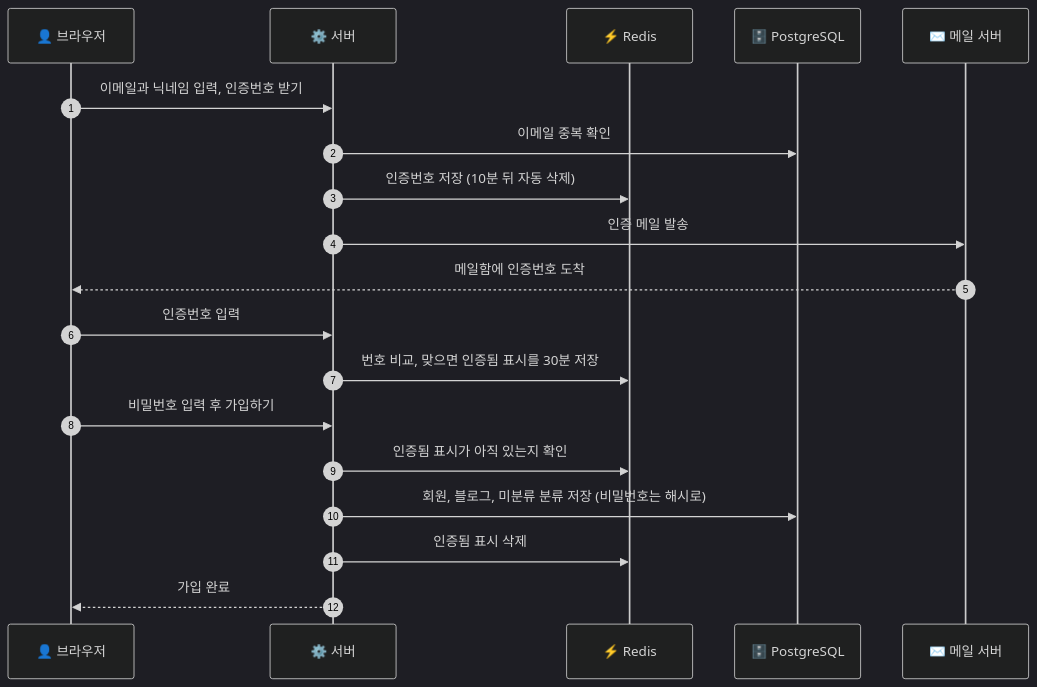
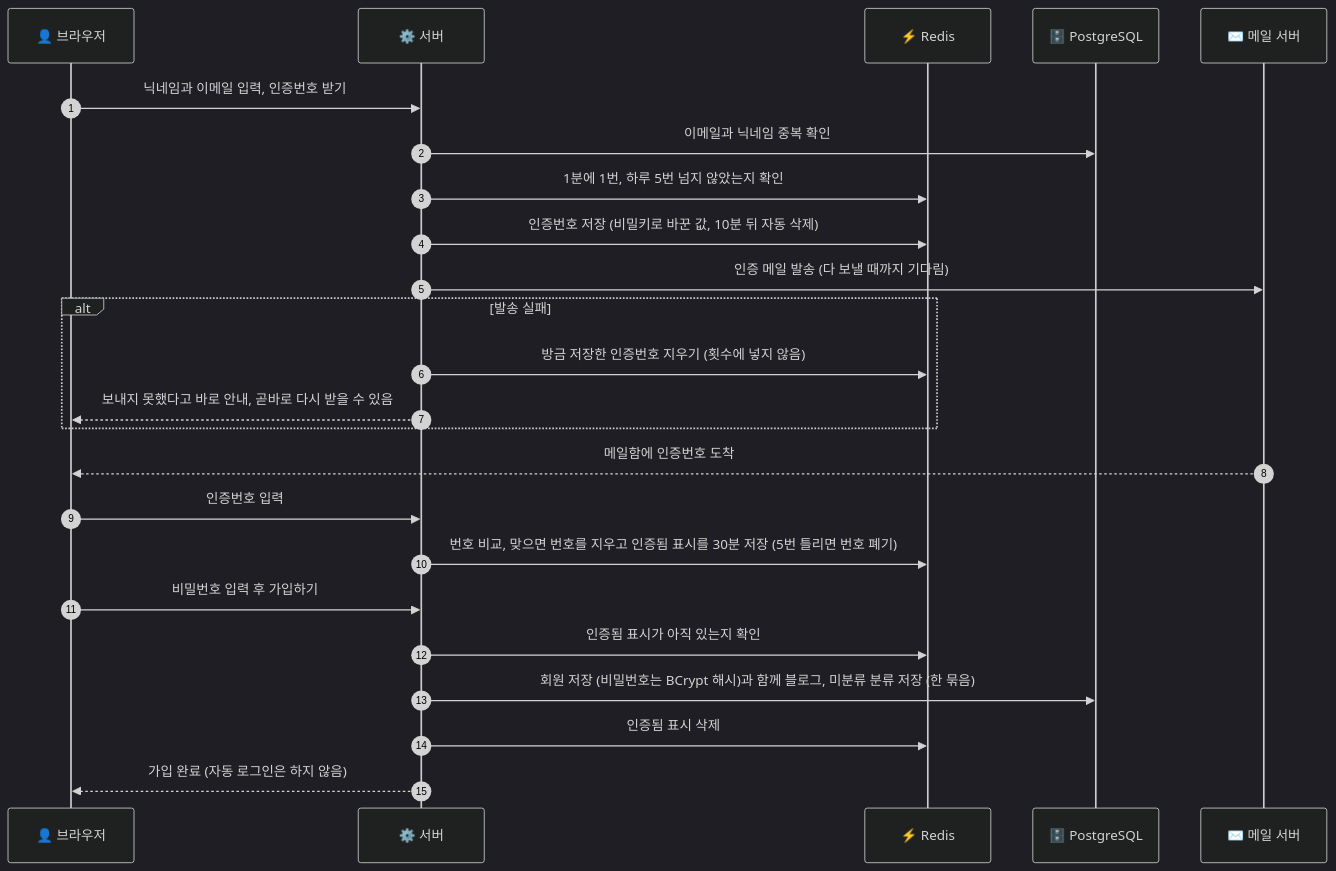
One commit to home-blog/docs changed the fourth of 6 diagrams in docs/3-설계/아키텍처-그림.md. Above: the diagram before and after it, drawn with Mermaid (dark theme). The commit also changed other lines of this file and 17 other files, not shown here.

````diff
--- a/docs/3-설계/아키텍처-그림.md
+++ b/docs/3-설계/아키텍처-그림.md
@@ -97,22 +143,27 @@
 ```mermaid
 sequenceDiagram
   autonumber
   participant B as 👤 브라우저
   participant S as ⚙️ 서버
   participant R as ⚡ Redis
   participant D as 🗄️ PostgreSQL
   participant M as ✉️ 메일 서버
 
-  B->>S: 이메일과 닉네임 입력, 인증번호 받기
-  S->>D: 이메일 중복 확인
-  S->>R: 인증번호 저장 (10분 뒤 자동 삭제)
-  S->>M: 인증 메일 발송
+  B->>S: 닉네임과 이메일 입력, 인증번호 받기
+  S->>D: 이메일과 닉네임 중복 확인
+  S->>R: 1분에 1번, 하루 5번 넘지 않았는지 확인
+  S->>R: 인증번호 저장 (비밀키로 바꾼 값, 10분 뒤 자동 삭제)
+  S->>M: 인증 메일 발송 (다 보낼 때까지 기다림)
+  alt 발송 실패
+    S->>R: 방금 저장한 인증번호 지우기 (횟수에 넣지 않음)
+    S-->>B: 보내지 못했다고 바로 안내, 곧바로 다시 받을 수 있음
+  end
   M-->>B: 메일함에 인증번호 도착
   B->>S: 인증번호 입력
-  S->>R: 번호 비교, 맞으면 인증됨 표시를 30분 저장
+  S->>R: 번호 비교, 맞으면 번호를 지우고 인증됨 표시를 30분 저장 (5번 틀리면 번호 폐기)
   B->>S: 비밀번호 입력 후 가입하기
   S->>R: 인증됨 표시가 아직 있는지 확인
-  S->>D: 회원, 블로그, 미분류 분류 저장 (비밀번호는 해시로)
+  S->>D: 회원 저장 (비밀번호는 BCrypt 해시)과 함께 블로그, 미분류 분류 저장 (한 묶음)
   S->>R: 인증됨 표시 삭제
-  S-->>B: 가입 완료
+  S-->>B: 가입 완료 (자동 로그인은 하지 않음)
 ```
````
